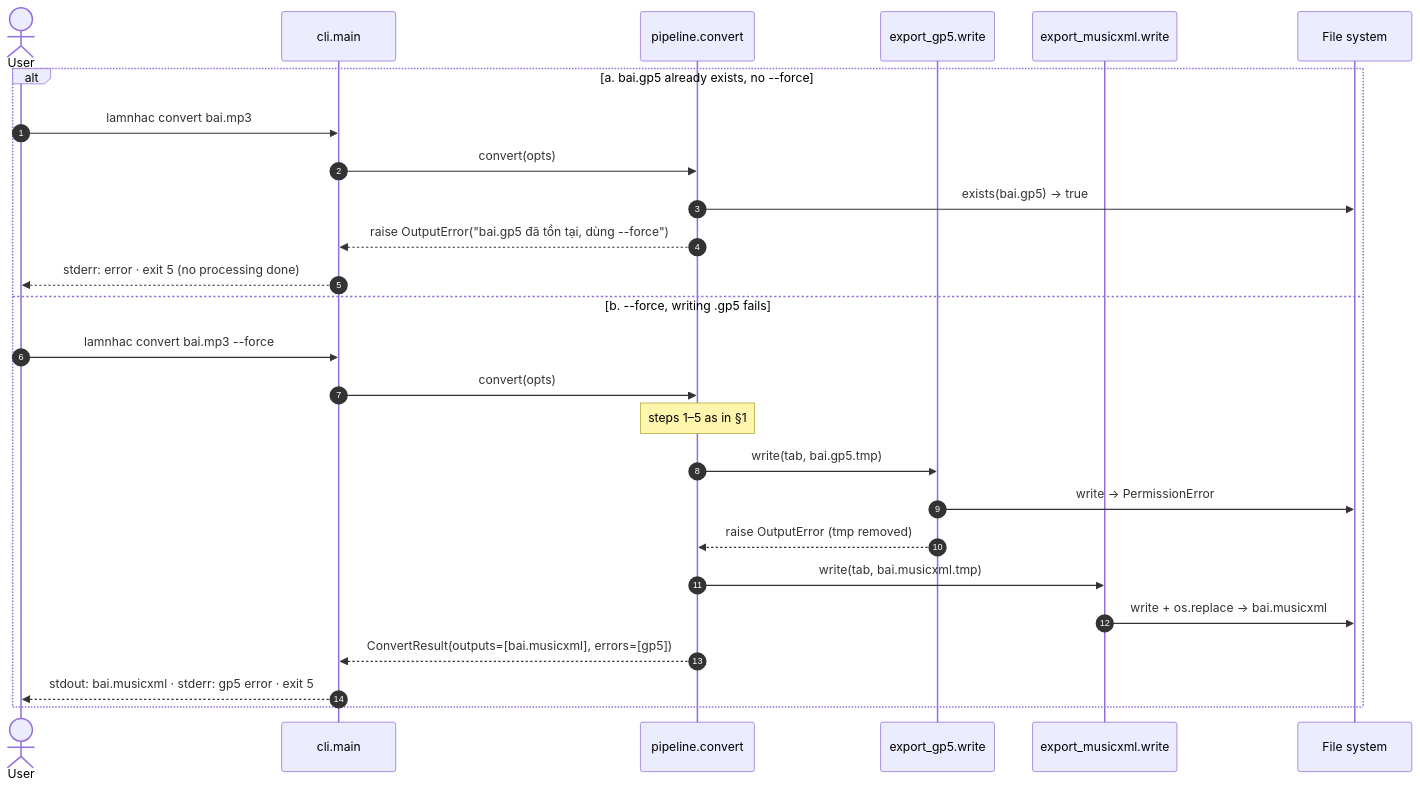
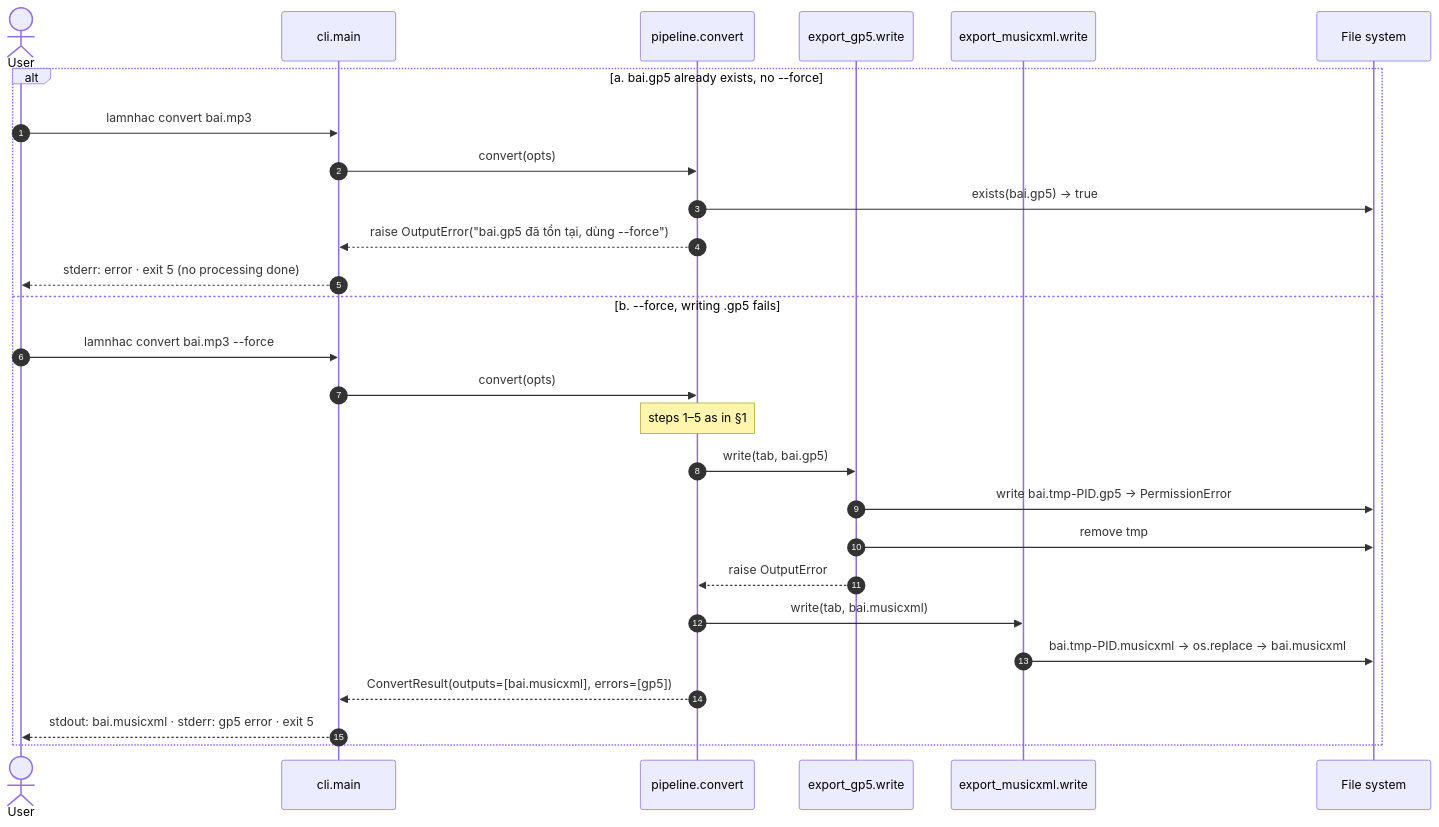
The fourth of 4 diagrams in docs/sequence/sequence-mp3-to-guitarpro.md (nguyenhuuca/lamnhac), drawn with Mermaid before and after one commit. The commit also changed other lines of this file and 3 other files, not shown here.

````diff
--- a/docs/sequence/sequence-mp3-to-guitarpro.md
+++ b/docs/sequence/sequence-mp3-to-guitarpro.md
@@ -99,29 +104,30 @@
 ```mermaid
 sequenceDiagram
     autonumber
     actor U as User
     participant CLI as cli.main
     participant P as pipeline.convert
     participant G as export_gp5.write
     participant X as export_musicxml.write
     participant FS as File system
 
     alt a. bai.gp5 already exists, no --force
         U->>CLI: lamnhac convert bai.mp3
         CLI->>P: convert(opts)
         P->>FS: exists(bai.gp5) → true
         P-->>CLI: raise OutputError("bai.gp5 đã tồn tại, dùng --force")
         CLI-->>U: stderr: error · exit 5 (no processing done)
     else b. --force, writing .gp5 fails
         U->>CLI: lamnhac convert bai.mp3 --force
         CLI->>P: convert(opts)
         Note over P: steps 1–5 as in §1
-        P->>G: write(tab, bai.gp5.tmp)
-        G->>FS: write → PermissionError
-        G-->>P: raise OutputError (tmp removed)
-        P->>X: write(tab, bai.musicxml.tmp)
-        X->>FS: write + os.replace → bai.musicxml
+        P->>G: write(tab, bai.gp5)
+        G->>FS: write bai.tmp-PID.gp5 → PermissionError
+        G->>FS: remove tmp
+        G-->>P: raise OutputError
+        P->>X: write(tab, bai.musicxml)
+        X->>FS: bai.tmp-PID.musicxml → os.replace → bai.musicxml
         P-->>CLI: ConvertResult(outputs=[bai.musicxml], errors=[gp5])
         CLI-->>U: stdout: bai.musicxml · stderr: gp5 error · exit 5
     end
 ```
````
